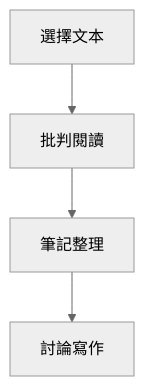
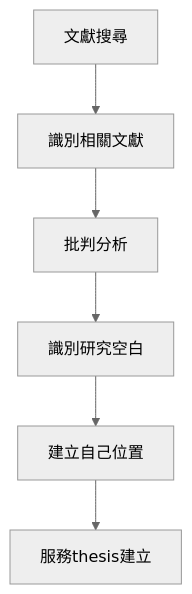
Before and after one commit to yip-lgtm/HKU-Harvard-History-Self-Study: the third of 10 diagrams in 01_HKU_Courses/HIST3075_Directed_Reading.md, drawn with Mermaid (neutral theme). The commit also changed other lines of this file and 65 other files, not shown here.

````diff
--- a/01_HKU_Courses/HIST3075_Directed_Reading.md
+++ b/01_HKU_Courses/HIST3075_Directed_Reading.md
@@ -96,6 +206,8 @@
 ```mermaid
 flowchart TD
-    A[選擇文本] --> B[批判閱讀]
-    B --> C[筆記整理]
-    C --> D[討論寫作]
+    A[文獻搜尋] --> B[識別相關文獻]
+    B --> C[批判分析]
+    C --> D[識別研究空白]
+    D --> E[建立自己位置]
+    E --> F[服務thesis建立]
 ```
````
